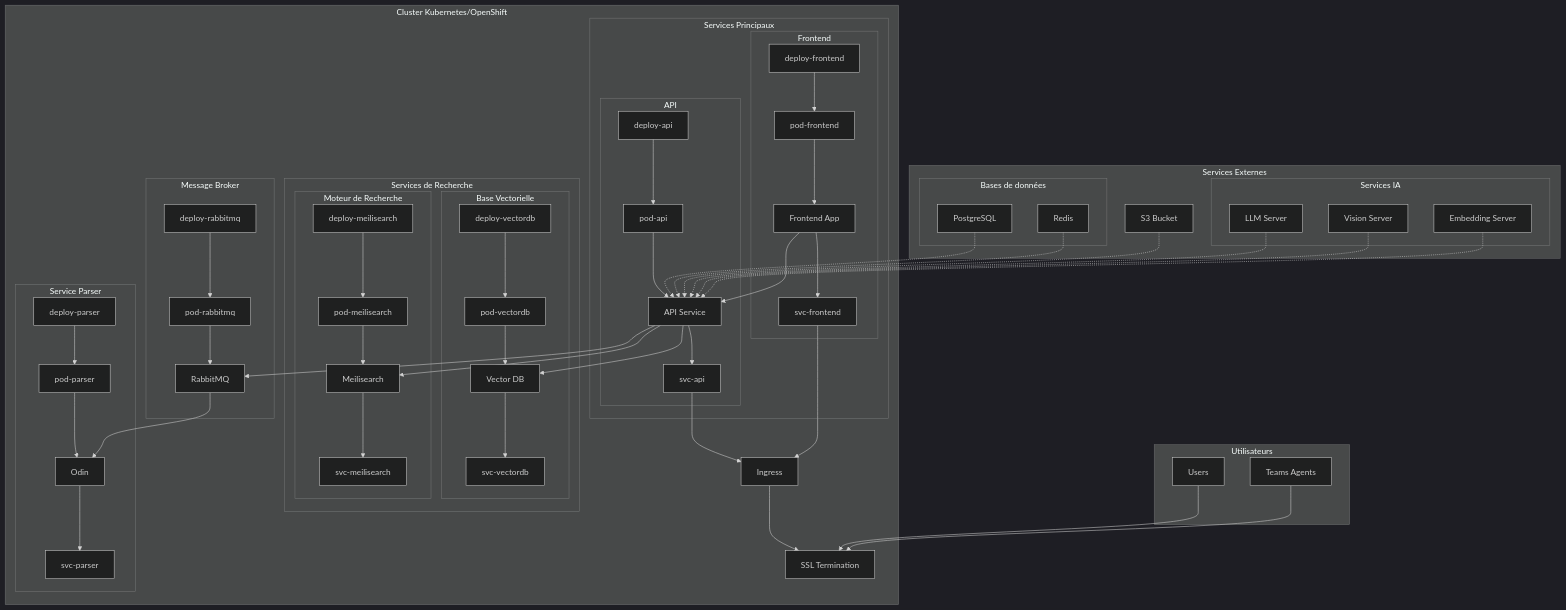
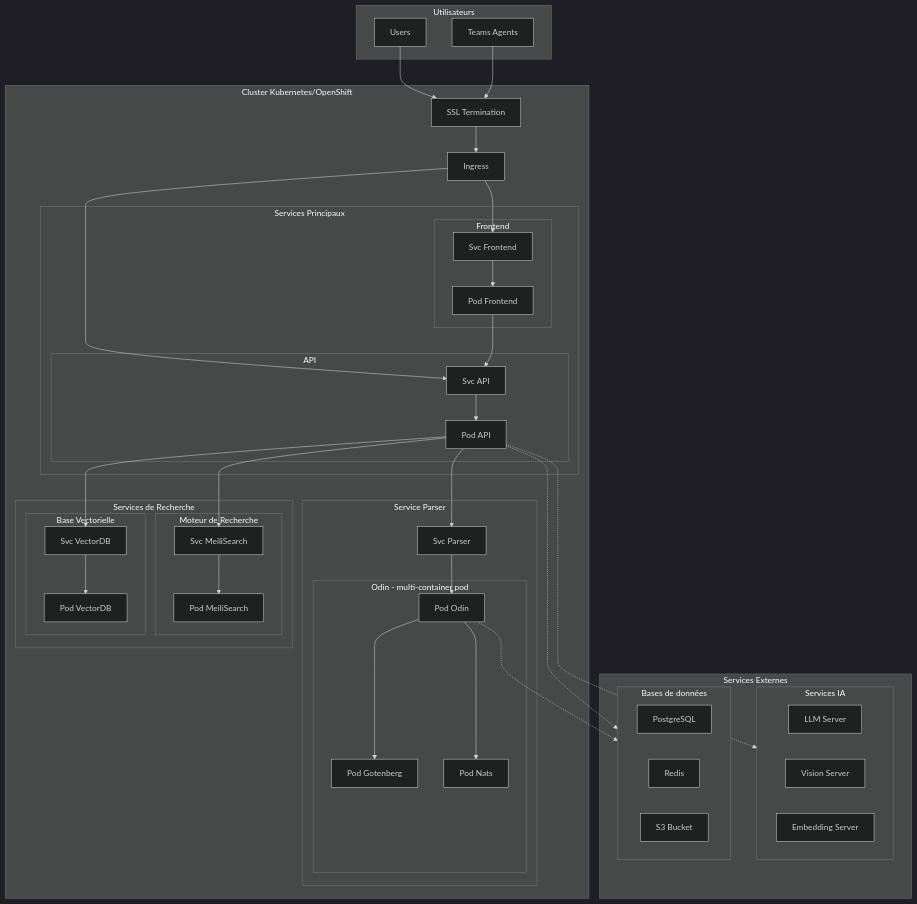
Before and after one commit to Scriptor-Group/documentation: the first of 2 diagrams in on-prem/README.md, drawn with Mermaid (dark theme). The commit also changed other lines of this file and 1 other file, not shown here.

Commit message:
Pré-mise à jour Odin

````diff
--- a/on-prem/README.md
+++ b/on-prem/README.md
@@ -19,136 +19,99 @@
 ```mermaid
 graph TD
-    %% Définition des sous-graphes
+    %% Définition des sous-graphes External
     subgraph External["Services Externes"]
         subgraph Databases["Bases de données"]
-            PS[PostgreSQL]
-            RD[Redis]
+            PostgreSQL[PostgreSQL]
+            Redis[Redis]
+            S3Bucket["S3 Bucket"]
         end
         subgraph AI["Services IA"]
-            LLM[LLM Server]
-            VS[Vision Server]
-            ES[Embedding Server]
+            LLMServer["LLM Server"]
+            VisionServer["Vision Server"]
+            EmbeddingServer["Embedding Server"]
         end
-        S3[S3 Bucket]
     end
 
+    %% Définition du cluster Kubernetes/OpenShift
     subgraph Kubernetes["Cluster Kubernetes/OpenShift"]
-        subgraph MessageBroker["Message Broker"]
-            RMQD[deploy-rabbitmq]
-            RMQP[pod-rabbitmq]
-            RMQ[RabbitMQ]
-        end
 
         subgraph Core["Services Principaux"]
             subgraph FrontendStack["Frontend"]
-                D2[deploy-frontend]
-                P2[pod-frontend]
-                FE[Frontend App]
-                SVC2[svc-frontend]
+                PodFrontend["Pod Frontend"]
+                SvcFrontend["Svc Frontend"]
             end
 
             subgraph APIStack["API"]
-                D1[deploy-api]
-                P1[pod-api]
-                API[API Service]
-                SVC1[svc-api]
+                PodAPI["Pod API"]
+                SvcAPI["Svc API"]
             end
         end
 
         subgraph Search["Services de Recherche"]
             subgraph VectorDB["Base Vectorielle"]
-                D3[deploy-vectordb]
-                P3[pod-vectordb]
-                VDB[Vector DB]
-                SVC3[svc-vectordb]
+                PodVectorDB["Pod VectorDB"]
+                SvcVectorDB["Svc VectorDB"]
             end
 
             subgraph SearchEngine["Moteur de Recherche"]
-                D5[deploy-meilisearch]
-                P5[pod-meilisearch]
-                MS[Meilisearch]
-                SVC5[svc-meilisearch]
+                PodMeiliSearch["Pod MeiliSearch"]
+                SvcMeiliSearch["Svc MeiliSearch"]
             end
         end
 
         subgraph Parser["Service Parser"]
-            D4[deploy-parser]
-            P4[pod-parser]
-            DP[Odin]
-            SVC4[svc-parser]
+            subgraph OdinPod["Odin - multi-container pod"]
+                PodOdin["Pod Odin"]
+                PodGotenberg["Pod Gotenberg"]
+                PodNats["Pod Nats"]
+            end
+            SvcParser["Svc Parser"]
         end
 
-        ING[Ingress]
-        SSL[SSL Termination]
+        Ingress[Ingress]
+        SSLTermination["SSL Termination"]
     end
 
-    %% Users
+    %% Définition des utilisateurs
     subgraph Users["Utilisateurs"]
-        U[Users]
-        AT[Teams Agents]
+        AppUsers[Users]
+        TeamsAgents["Teams Agents"]
     end
 
-    %% Connexions dans MessageBroker
-    RMQD --> RMQP
-    RMQP --> RMQ
-
     %% Connexions Frontend
-    D2 --> P2
-    P2 --> FE
-    FE --> SVC2
+    SvcFrontend --> PodFrontend
 
     %% Connexions API
-    D1 --> P1
-    P1 --> API
-    API --> SVC1
+    SvcAPI --> PodAPI
 
     %% Connexions VectorDB
-    D3 --> P3
-    P3 --> VDB
-    VDB --> SVC3
+    SvcVectorDB --> PodVectorDB
 
-    %% Connexions Meilisearch
-    D5 --> P5
-    P5 --> MS
-    MS --> SVC5
+    %% Connexions MeiliSearch
+    SvcMeiliSearch --> PodMeiliSearch
 
-    %% Connexions Parser
-    D4 --> P4
-    P4 --> DP
-    DP --> SVC4
-
-    %% Connexions Message Queue
-    API --> RMQ
-    RMQ --> DP
-
-    %% Connexions vers External Services
-    PS -.-> API
-    RD -.-> API
-    S3 -.-> API
-    LLM -.-> API
-    VS -.-> API
-    ES -.-> API
+    %% Connexions vers External Services depuis l'API
+    PodAPI -.-> Databases
+    PodAPI -.-> AI
 
     %% Connexions inter-services
-    API --> VDB
-    API --> MS
-    FE --> API
+    PodAPI --> SvcVectorDB
+    PodAPI --> SvcMeiliSearch
+    PodAPI --> SvcParser
+    PodFrontend --> SvcAPI
 
-    %% Connexions Ingress
-    SVC1 --> ING
-    SVC2 --> ING
-    ING --> SSL
+    %% Connexions Ingress et utilisateurs
+    Ingress --> SvcAPI
+    Ingress --> SvcFrontend
+    SSLTermination --> Ingress
+    AppUsers --> SSLTermination
+    TeamsAgents --> SSLTermination
 
-    %% Connexions utilisateurs
-    U --> SSL
-    AT --> SSL
+    %% Connexions au sein du pod Odin
+    PodOdin --> PodGotenberg
+    PodOdin --> PodNats
+    PodOdin -.-> Databases
+    SvcParser --> PodOdin
 
- 
-    
-    class External external
-    class Kubernetes kubernetes
-    class API,FE,VDB,MS,DP,RMQ service
-
-    %% Direction générale
     direction TB
 ```
````
